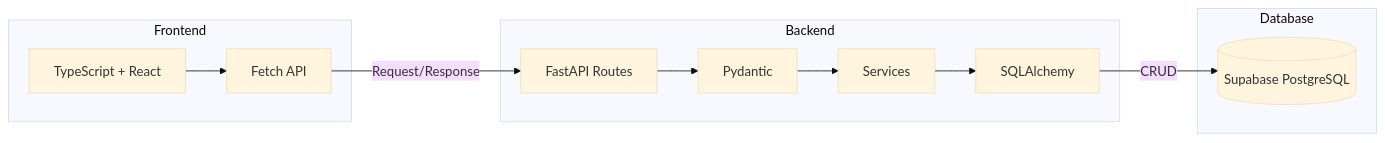
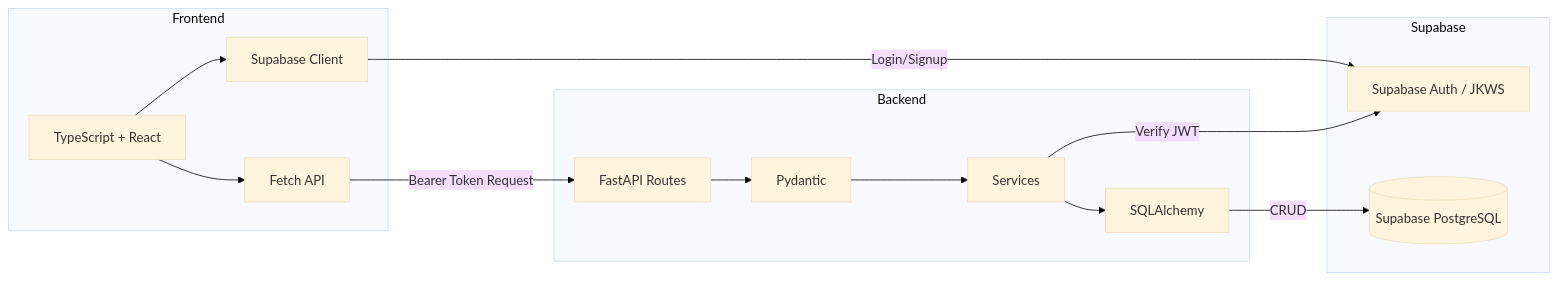
Before and after one commit to CS490-JobSurvivors/ats-app: the diagram in backend/README.md, drawn with Mermaid (base theme). The commit also changed other lines of this file and 2 other files, not shown here.

Commit message:
S1-011: Update docs to reflect backend architecture, paths, and enviornment variables

````diff
--- a/backend/README.md
+++ b/backend/README.md
@@ -2,25 +2,30 @@
 ```mermaid 
 graph LR
     subgraph Frontend
         UI[TypeScript + React]
         Fetch[Fetch API]
+        SupabaseClient[Supabase Client]
     end
 
     subgraph Backend
         FastAPI[FastAPI Routes]
         Validation[Pydantic]
-        BusinessLogic[Services]
+        Services[Services]
         SQLORM[SQLAlchemy]
     end
 
-    subgraph Database
+    subgraph Supabase
+        Auth[Supabase Auth / JKWS]
         DB[(Supabase PostgreSQL)]
     end
 
+    UI --> SupabaseClient
+    SupabaseClient --> |Login/Signup| Auth
     UI --> Fetch
-    Fetch --> |Request/Response| FastAPI
+    Fetch --> |Bearer Token Request| FastAPI
     FastAPI --> Validation
-    Validation --> BusinessLogic
-    BusinessLogic --> SQLORM
+    Validation --> Services
+    Services --> |Verify JWT| Auth
+    Services --> SQLORM
     SQLORM --> |CRUD| DB
 ```
````
